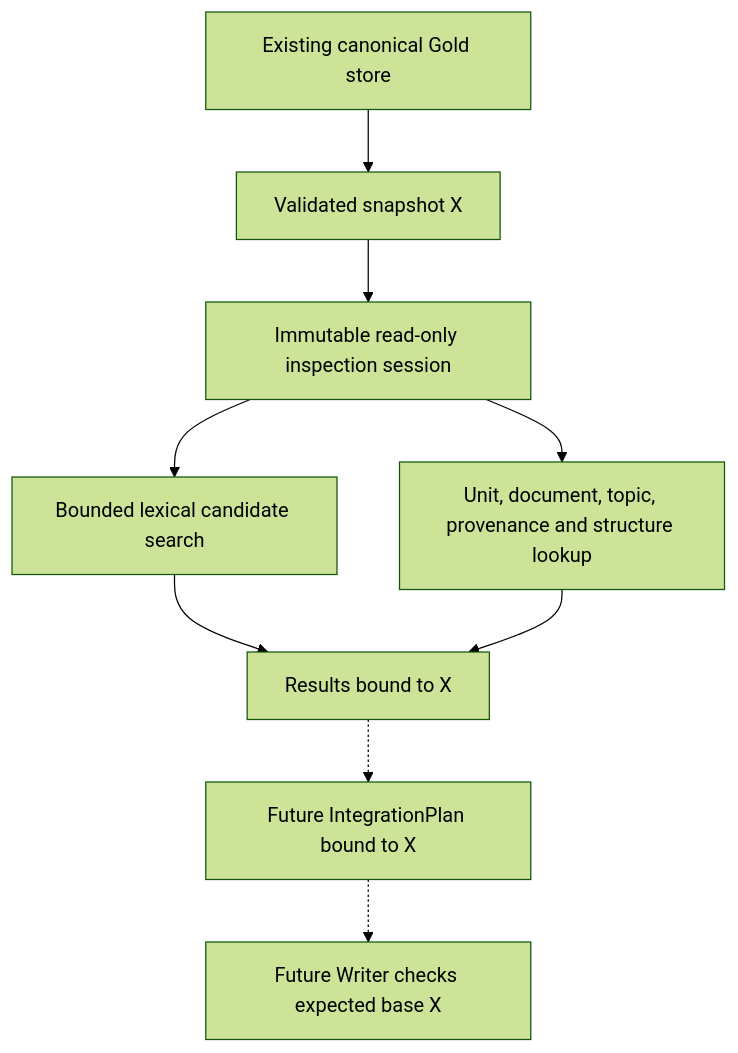
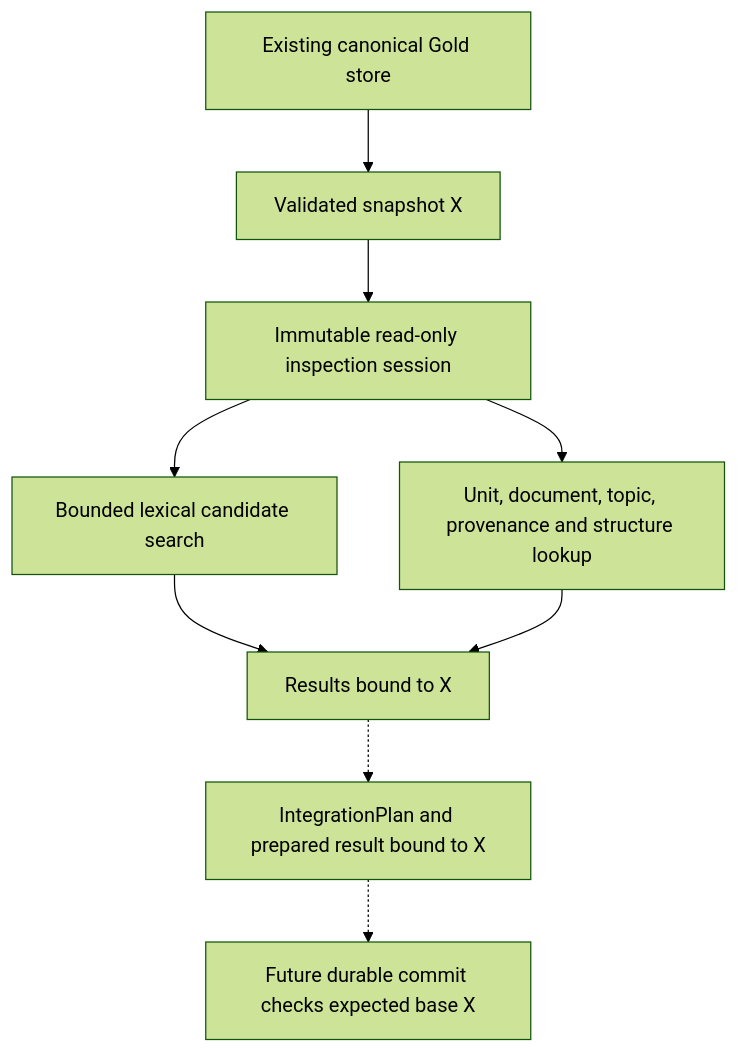
The fifth of 8 diagrams in docs/architecture.md (alexander-rewitzer/league-knowledge-platform), drawn with Mermaid (forest theme) before and after one commit. The commit also changed other lines of this file and 18 other files, not shown here.

````diff
--- a/docs/architecture.md
+++ b/docs/architecture.md
@@ -152,11 +155,11 @@
 ```mermaid
 flowchart TD
     G["Existing canonical Gold store"] --> L["Validated snapshot X"]
     L --> I["Immutable read-only inspection session"]
     I --> Q["Bounded lexical candidate search"]
     I --> D["Unit, document, topic, provenance and structure lookup"]
     Q --> R["Results bound to X"]
     D --> R
-    R -.-> P["Future IntegrationPlan bound to X"]
-    P -.-> W["Future Writer checks expected base X"]
+    R -.-> P["IntegrationPlan and prepared result bound to X"]
+    P -.-> W["Future durable commit checks expected base X"]
 ```
````
